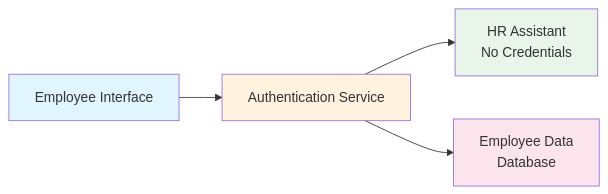
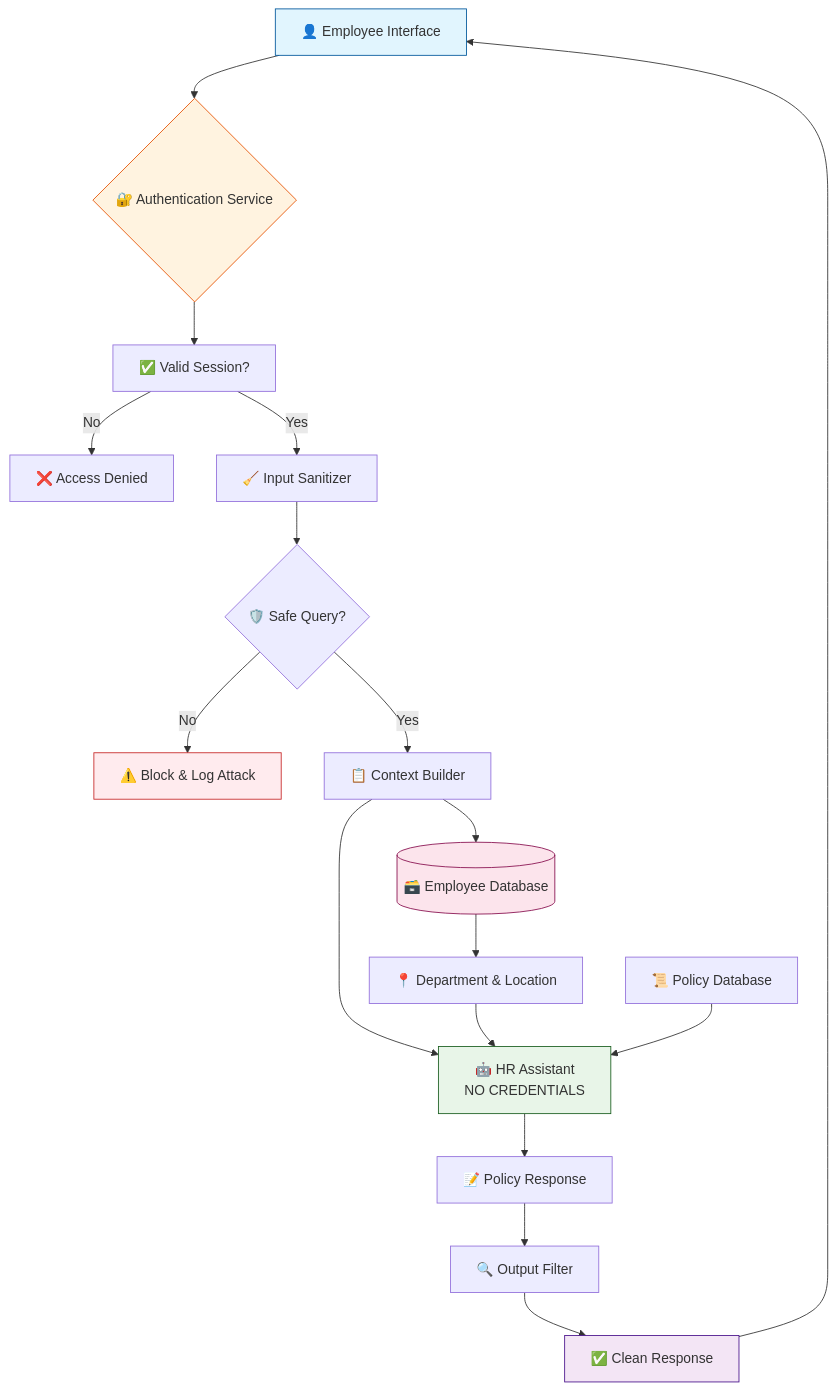
Before and after one commit to Ayushi760/Innovation-Sprint-2025: the diagram in Week 2/prompt-security-caching.md, drawn with Mermaid.

Commit message:
refactor: architecture diagram

````diff
--- a/Week 2/prompt-security-caching.md
+++ b/Week 2/prompt-security-caching.md
@@ -161,11 +161,30 @@
 ```mermaid
-graph LR
-    A[Employee Interface] --> B[Authentication Service]
-    B --> C[HR Assistant<br/>No Credentials]
-    B --> D[Employee Data<br/>Database]
+graph TD
+    A[👤 Employee Interface] --> B{🔐 Authentication Service}
+    B --> C[✅ Valid Session?]
+    C -->|No| D[❌ Access Denied]
+    C -->|Yes| E[🧹 Input Sanitizer]
     
-    style A fill:#e1f5fe
-    style B fill:#fff3e0
-    style C fill:#e8f5e8
-    style D fill:#fce4ec
+    E --> F{🛡️ Safe Query?}
+    F -->|No| G[⚠️ Block & Log Attack]
+    F -->|Yes| H[📋 Context Builder]
+    
+    H --> I[(🗃️ Employee Database)]
+    H --> J[🤖 HR Assistant<br/>NO CREDENTIALS]
+    
+    I --> K[📍 Department & Location]
+    K --> J
+    L[📜 Policy Database] --> J
+    
+    J --> M[📝 Policy Response]
+    M --> N[🔍 Output Filter]
+    N --> O[✅ Clean Response]
+    O --> A
+    
+    style A fill:#e1f5fe,stroke:#01579b
+    style B fill:#fff3e0,stroke:#e65100
+    style J fill:#e8f5e8,stroke:#1b5e20
+    style I fill:#fce4ec,stroke:#880e4f
+    style G fill:#ffebee,stroke:#c62828
+    style O fill:#f3e5f5,stroke:#4a148c
 ```
````
